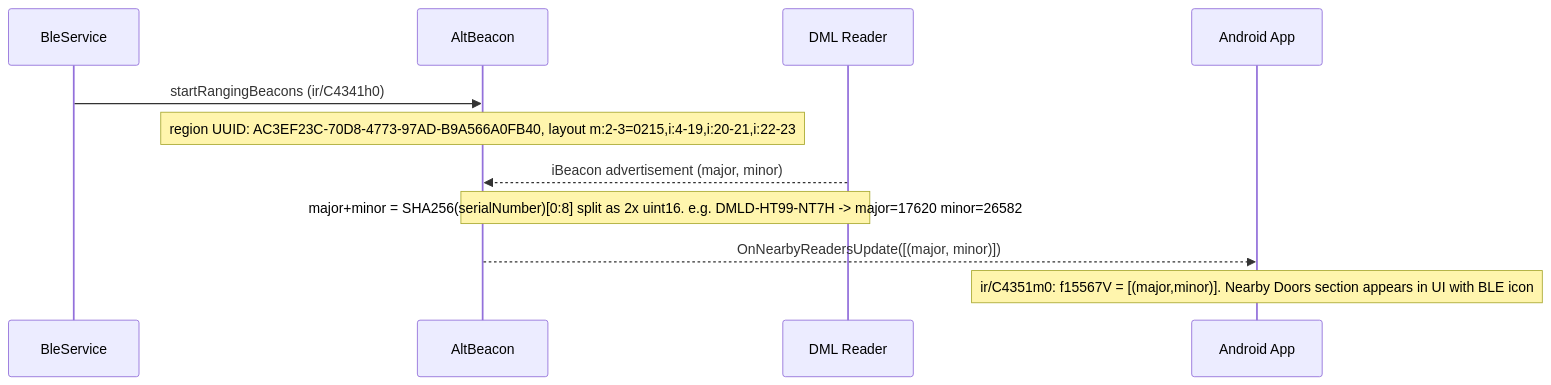
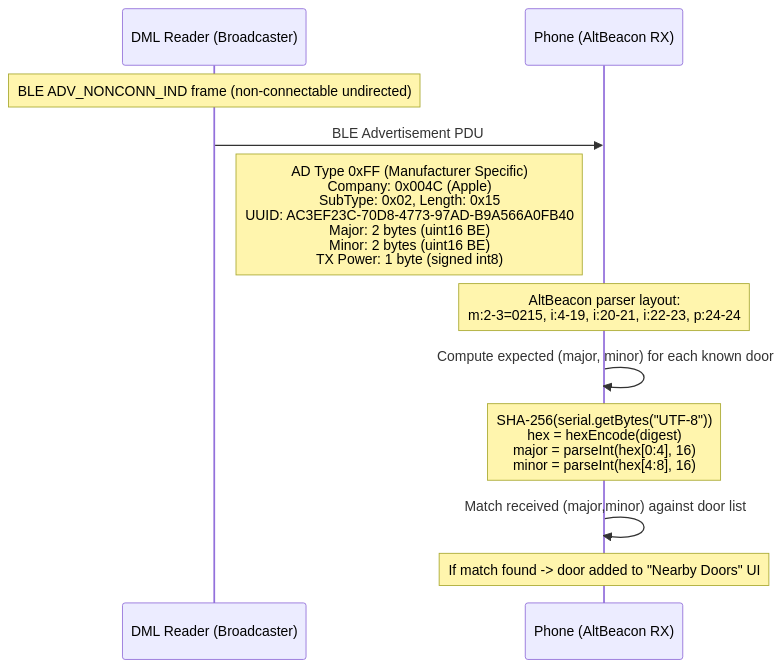
The first of 6 diagrams in verkada-pass-ble-flow-diagram.md (Woyken/verkada-pass-experiment), drawn with Mermaid before and after one commit. The commit also changed other lines of this file, not shown here.

First line of the commit message:
docs: rewrite BLE diagrams with exact wire-level data flows

````diff
--- a/verkada-pass-ble-flow-diagram.md
+++ b/verkada-pass-ble-flow-diagram.md
@@ -48,16 +11,18 @@
 ```mermaid
 sequenceDiagram
-    participant BleS as BleService
-    participant AltB as AltBeacon
-    participant Reader as DML Reader
-    participant App as Android App
+    participant Reader as DML Reader (Broadcaster)
+    participant Phone as Phone (AltBeacon RX)
 
-    BleS->>AltB: startRangingBeacons (ir/C4341h0)
-    Note over AltB: region UUID: AC3EF23C-70D8-4773-97AD-B9A566A0FB40, layout m:2-3=0215,i:4-19,i:20-21,i:22-23
+    Note over Reader: BLE ADV_NONCONN_IND frame (non-connectable undirected)
 
-    Reader-->>AltB: iBeacon advertisement (major, minor)
-    Note over Reader,AltB: major+minor = SHA256(serialNumber)[0:8] split as 2x uint16. e.g. DMLD-HT99-NT7H -> major=17620 minor=26582
+    Reader->>Phone: BLE Advertisement PDU
+    Note right of Reader: AD Type 0xFF (Manufacturer Specific)<br/>Company: 0x004C (Apple)<br/>SubType: 0x02, Length: 0x15<br/>UUID: AC3EF23C-70D8-4773-97AD-B9A566A0FB40<br/>Major: 2 bytes (uint16 BE)<br/>Minor: 2 bytes (uint16 BE)<br/>TX Power: 1 byte (signed int8)
 
-    AltB-->>App: OnNearbyReadersUpdate([(major, minor)])
-    Note over App: ir/C4351m0: f15567V = [(major,minor)]. Nearby Doors section appears in UI with BLE icon
+    Note over Phone: AltBeacon parser layout:<br/>m:2-3=0215, i:4-19, i:20-21, i:22-23, p:24-24
+
+    Phone->>Phone: Compute expected (major, minor) for each known door
+    Note over Phone: SHA-256(serial.getBytes("UTF-8"))<br/>hex = hexEncode(digest)<br/>major = parseInt(hex[0:4], 16)<br/>minor = parseInt(hex[4:8], 16)
+
+    Phone->>Phone: Match received (major,minor) against door list
+    Note over Phone: If match found -> door added to "Nearby Doors" UI
 ```
````
